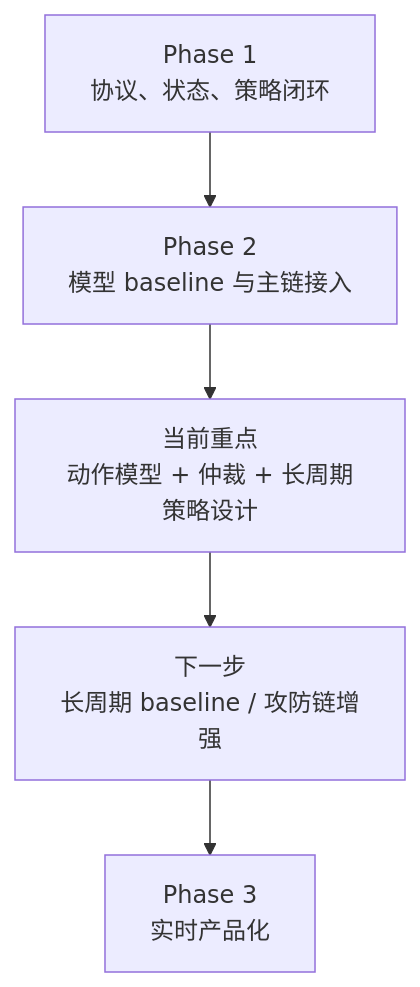
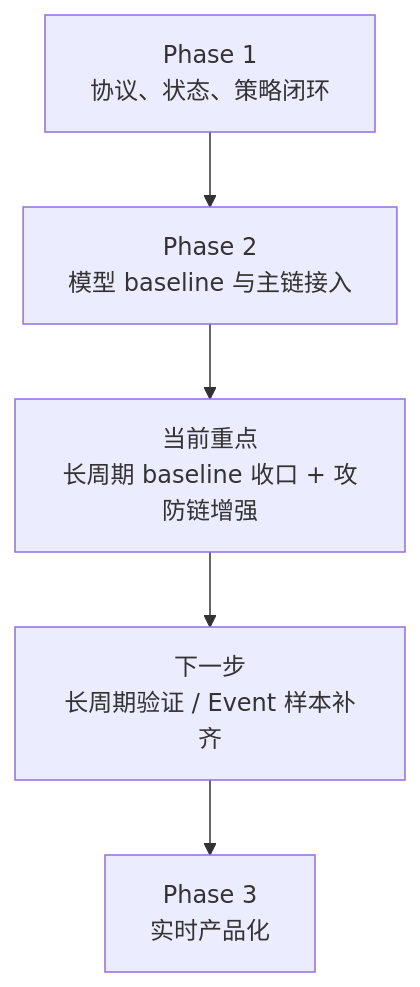
One commit to Sn55555/Asurada changed the second of 2 diagrams in README.md. Above: the diagram before and after it, drawn with Mermaid. The commit also changed other lines of this file and 7 other files, not shown here.

````diff
--- a/README.md
+++ b/README.md
@@ -23,7 +23,7 @@
 ```mermaid
 flowchart TB
     A["Phase 1<br/>协议、状态、策略闭环"] --> B["Phase 2<br/>模型 baseline 与主链接入"]
-    B --> C["当前重点<br/>动作模型 + 仲裁 + 长周期策略设计"]
-    C --> D["下一步<br/>长周期 baseline / 攻防链增强"]
+    B --> C["当前重点<br/>长周期 baseline 收口 + 攻防链增强"]
+    C --> D["下一步<br/>长周期验证 / Event 样本补齐"]
     D --> E["Phase 3<br/>实时产品化"]
 ```
````
